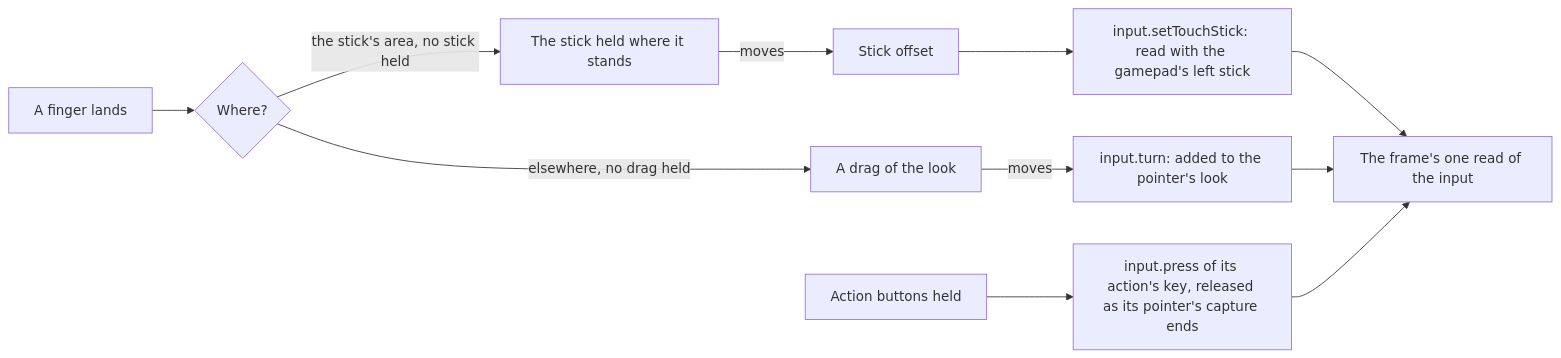
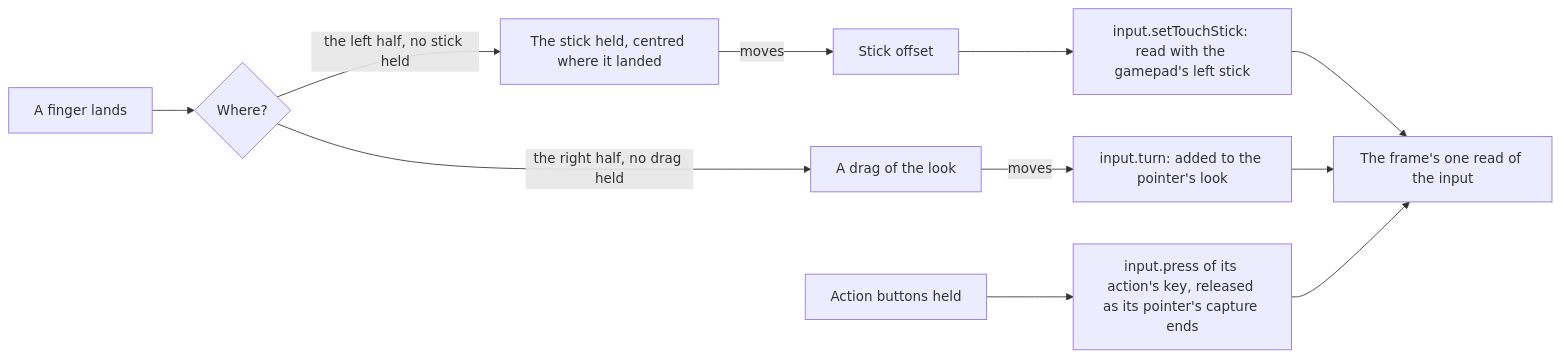
One commit to Esposter/Esposter changed the diagram in openspec/specs/genshin/touch-controls/design.md. Above: the diagram before and after it, drawn with Mermaid. The commit also changed other lines of this file and 86 other files, not shown here.

````diff
--- a/openspec/specs/genshin/touch-controls/design.md
+++ b/openspec/specs/genshin/touch-controls/design.md
@@ -7,13 +7,13 @@
 ```mermaid
 flowchart LR
   DOWN["A finger lands"] --> WHERE{"Where?"}
-  WHERE -->|"the stick's area, no stick held"| STICK["The stick held where it stands"]
-  WHERE -->|"elsewhere, no drag held"| DRAG["A drag of the look"]
+  WHERE -->|"the left half, no stick held"| STICK["The stick held, centred where it landed"]
+  WHERE -->|"the right half, no drag held"| DRAG["A drag of the look"]
   STICK -->|"moves"| AXES[Stick offset]
   AXES --> SET["input.setTouchStick: read with the gamepad's left stick"]
   DRAG -->|"moves"| TURN["input.turn: added to the pointer's look"]
   JUMP[Action buttons held] --> PRESS["input.press of its action's key, released as its pointer's capture ends"]
   SET --> READ["The frame's one read of the input"]
   TURN --> READ
   PRESS --> READ
 ```
````
